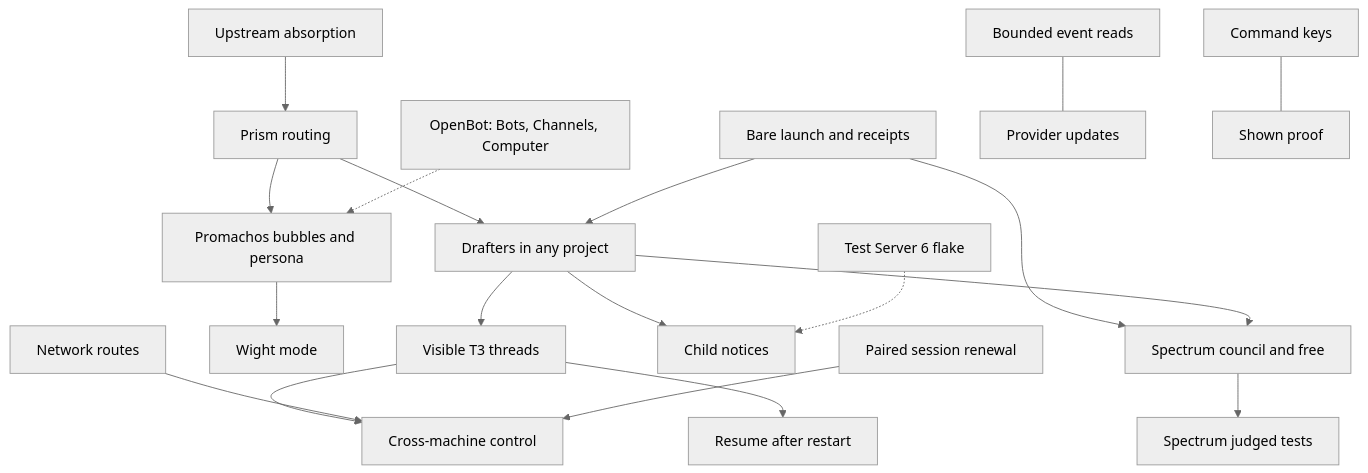
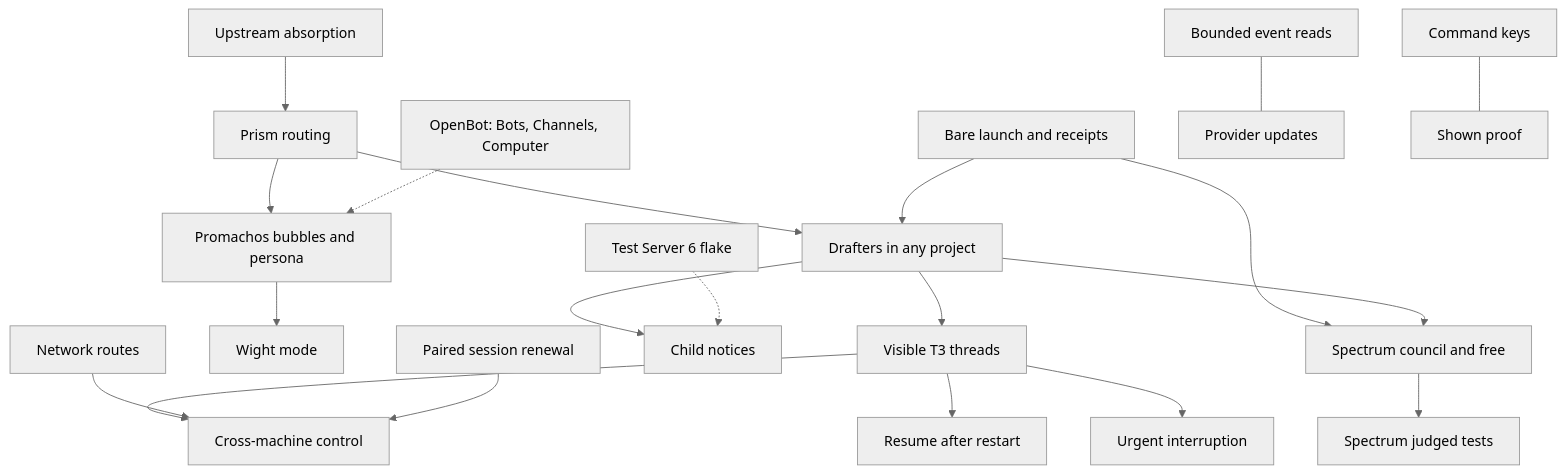
The diagram in docs/map.md (toolboxmd/chromeria), drawn with Mermaid (neutral theme) before and after one commit. The commit also changed 43 other files, not shown here.

Commit message:
fix(orchestration): restore urgent agent and human interruption

````diff
--- a/docs/map.md
+++ b/docs/map.md
@@ -13,58 +13,61 @@
 ```mermaid
 flowchart TD
     PZ["Prism routing"]
     %% PZ: #92
     VT["Visible T3 threads"]
     %% VT: #10
     PM["Promachos bubbles and persona"]
     %% PM: #116
     WG["Wight mode"]
     %% WG: #117
     BL["Bare launch and receipts"]
     %% BL: #289, PR #335
     DR["Drafters in any project"]
     %% DR: #114 PR #126
     SC["Spectrum council and free"]
     %% SC: #118
     JT["Spectrum judged tests"]
     %% JT: #119
     OB["OpenBot: Bots, Channels, Computer"]
     %% OB: context
     UA["Upstream absorption"]
     %% UA: #166 PR #291
     BR["Bounded event reads"]
     %% BR: #256 PR #267
     PU["Provider updates"]
     %% PU: #263 PR #272
     RS["Resume after restart"]
     %% RS: #264 PR #301 PR #291 PR #329
     SN["Child notices"]
     %% SN: #269 PR #279 PR #342 #341
+    ST["Urgent interruption"]
+    %% ST: #285 PR #300
     CK["Command keys"]
     %% CK: #232 PR #243
     SP["Shown proof"]
     %% SP: #245 PR #313
     TF["Test Server 6 flake"]
     %% TF: #259 PR #278
     XM["Cross-machine control"]
     %% XM: #164 PR #291 PR #290 PR #303 #302 PR #304
     NR["Network routes"]
     %% NR: #292
     PRN["Paired session renewal"]
     %% PRN: #323 PR #334 PR #339
 
     PZ --> PM --> WG
     PZ --> DR --> VT --> XM
     NR --> XM
     PRN --> XM
     BL --> DR
     BL --> SC
     DR --> SC --> JT
     DR --> SN
     VT --> RS
+    VT --> ST
     OB -.-> PM
     UA --> PZ
     CK --- SP
     TF -.-> SN
     BR --- PU
 ```
````
